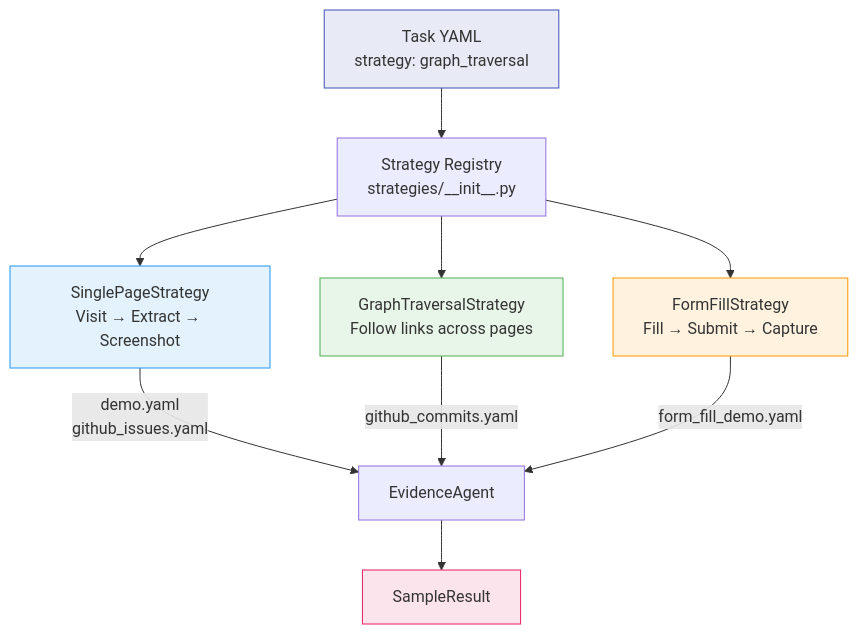
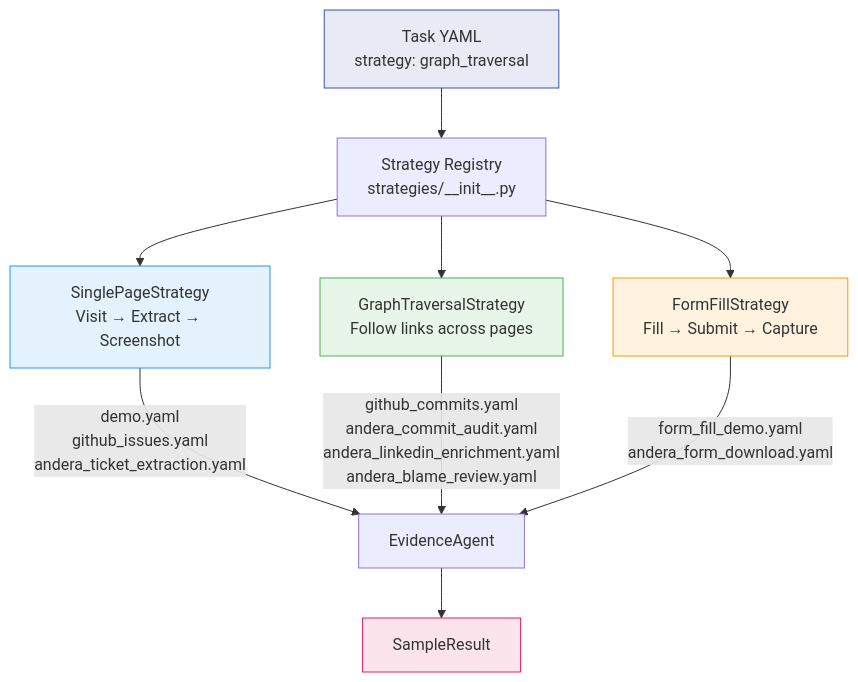
The third of 5 diagrams in docs/ARCHITECTURE_DIAGRAM.md (HumbleBee14/browser_use_agent), drawn with Mermaid before and after one commit. The commit also changed other lines of this file and 9 other files, not shown here.

````diff
--- a/docs/ARCHITECTURE_DIAGRAM.md
+++ b/docs/ARCHITECTURE_DIAGRAM.md
@@ -70,20 +70,20 @@
 ```mermaid
 flowchart TD
     YAML["Task YAML<br/>strategy: graph_traversal"] --> REG["Strategy Registry<br/>strategies/__init__.py"]
 
     REG --> SP["SinglePageStrategy<br/>Visit → Extract → Screenshot"]
     REG --> GT["GraphTraversalStrategy<br/>Follow links across pages"]
     REG --> FF["FormFillStrategy<br/>Fill → Submit → Capture"]
 
-    SP --> |"demo.yaml<br/>github_issues.yaml"| AGENT[EvidenceAgent]
-    GT --> |"github_commits.yaml"| AGENT
-    FF --> |"form_fill_demo.yaml"| AGENT
+    SP --> |"demo.yaml<br/>github_issues.yaml<br/>andera_ticket_extraction.yaml"| AGENT[EvidenceAgent]
+    GT --> |"github_commits.yaml<br/>andera_commit_audit.yaml<br/>andera_linkedin_enrichment.yaml<br/>andera_blame_review.yaml"| AGENT
+    FF --> |"form_fill_demo.yaml<br/>andera_form_download.yaml"| AGENT
 
     AGENT --> RESULT[SampleResult]
 
     style YAML fill:#e8eaf6,stroke:#3f51b5
     style SP fill:#e3f2fd,stroke:#2196f3
     style GT fill:#e8f5e9,stroke:#4caf50
     style FF fill:#fff3e0,stroke:#ff9800
     style RESULT fill:#fce4ec,stroke:#e91e63
 ```
````
